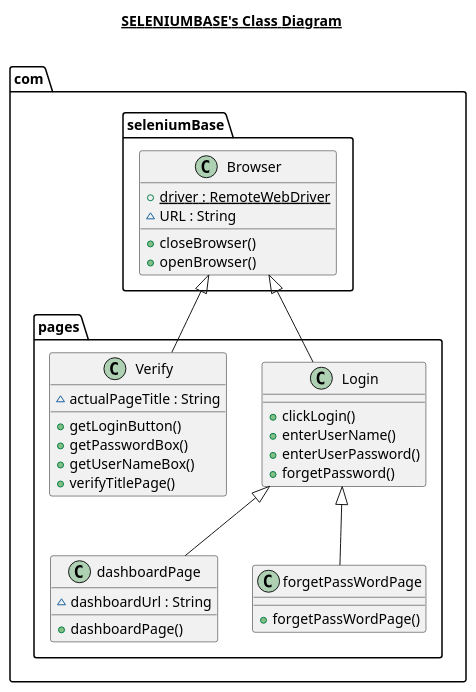
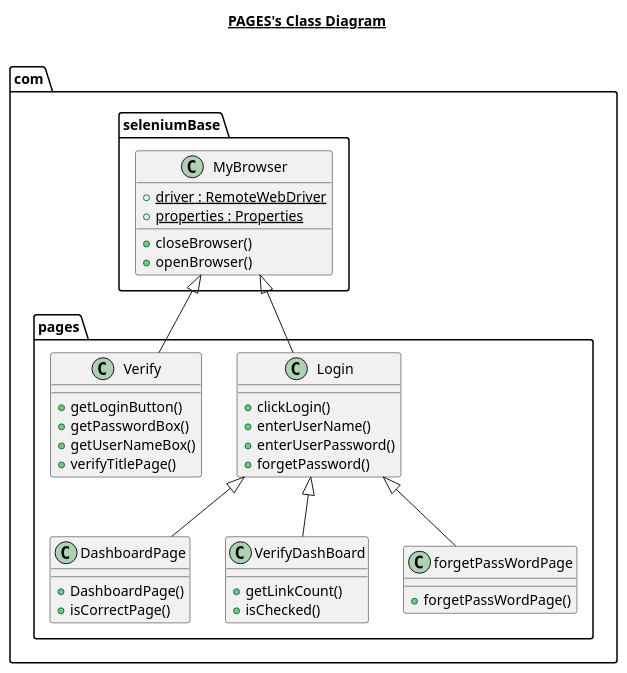
Before and after one commit to udhayajava/StucturingTask: the diagram in src/classdiagram.puml, drawn with PlantUML. The commit also changed 10 other files, not shown here.

```diff
--- a/src/classdiagram.puml
+++ b/src/classdiagram.puml
@@ -1,56 +1,67 @@
 @startuml
 'https://plantuml.com/class-diagram
 title __PAGES's Class Diagram__\n
+ namespace com.pages {
+    class com.pages.DashboardPage {
+        + DashboardPage()
+        + isCorrectPage()
+    }
+  }
+
 
   namespace com.pages {
     class com.pages.Login {
         + clickLogin()
         + enterUserName()
         + enterUserPassword()
         + forgetPassword()
     }
   }
 
 
   namespace com.pages {
     class com.pages.Verify {
-        ~ actualPageTitle : String
         + getLoginButton()
         + getPasswordBox()
         + getUserNameBox()
         + verifyTitlePage()
     }
   }
 
 
   namespace com.pages {
-    class com.pages.dashboardPage {
-        ~ dashboardUrl : String
-        + dashboardPage()
+    class com.pages.VerifyDashBoard {
+        + getLinkCount()
+        + isChecked()
     }
   }
 
 
   namespace com.pages {
     class com.pages.forgetPassWordPage {
         + forgetPassWordPage()
     }
   }
 
 
-  com.pages.Login -up-|> com.seleniumBase.Browser
-  com.pages.Verify -up-|> com.seleniumBase.Browser
-  com.pages.dashboardPage -up-|> com.pages.Login
+  com.pages.DashboardPage -up-|> com.pages.Login
+  com.pages.Login -up-|> com.seleniumBase.MyBrowser
+  com.pages.Verify -up-|> com.seleniumBase.MyBrowser
+  com.pages.VerifyDashBoard -up-|> com.pages.Login
   com.pages.forgetPassWordPage -up-|> com.pages.Login
-title __SELENIUMBASE's Class Diagram__\n
+
+
+
 
   namespace com.seleniumBase {
-    class com.seleniumBase.Browser {
+    class com.seleniumBase.MyBrowser {
         {static} + driver : RemoteWebDriver
-        ~ URL : String
+        {static} + properties : Properties
         + closeBrowser()
         + openBrowser()
     }
   }
 
+
+
 @enduml
```
